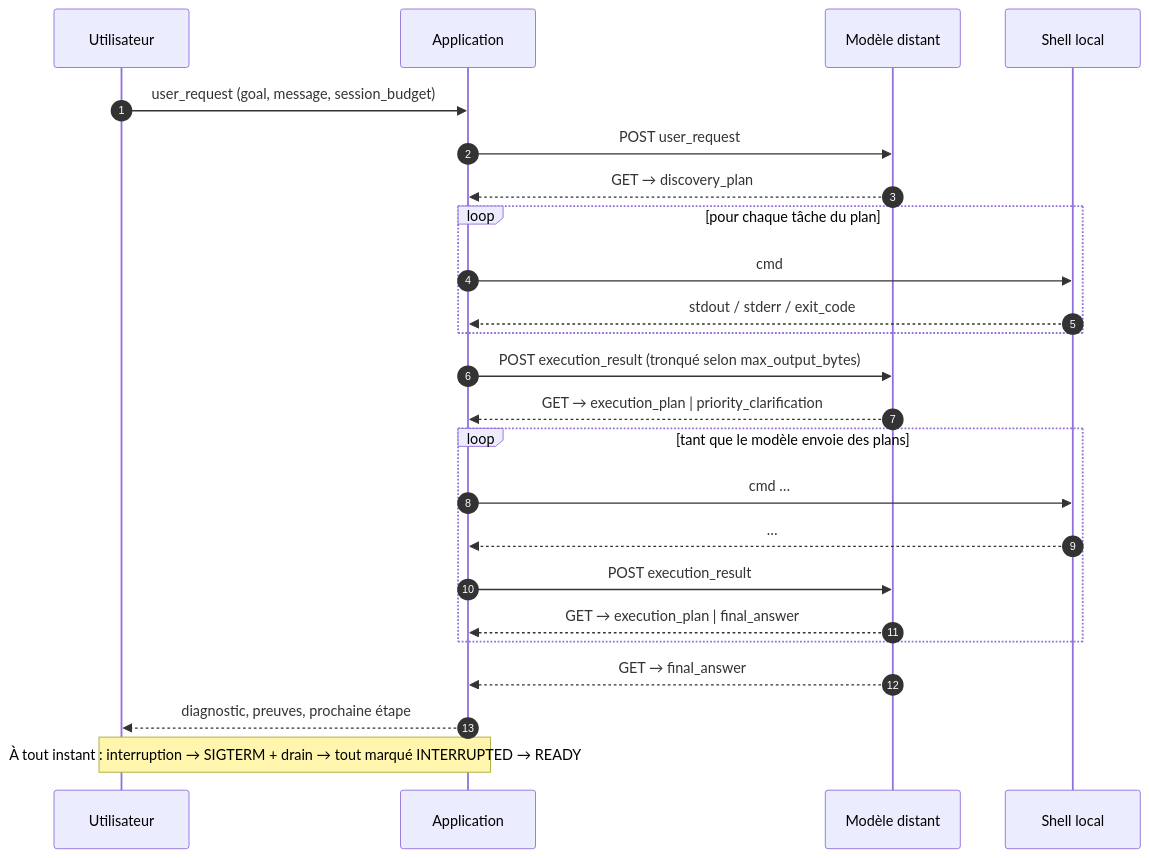
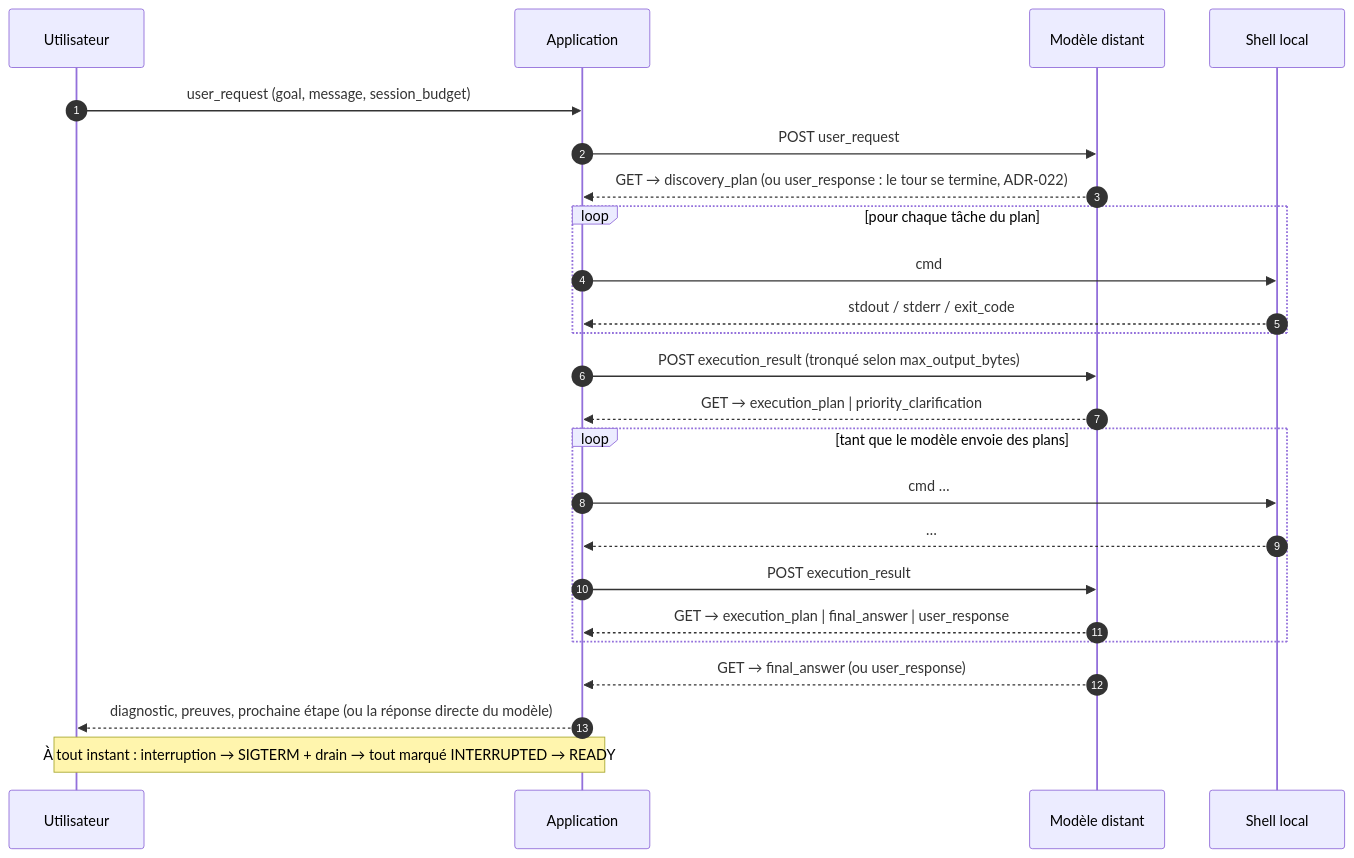
Before and after one commit to moabidi91/agentic-local-app: the second of 4 diagrams in README.md, drawn with Mermaid. The commit also changed other lines of this file and 40 other files, not shown here.

````diff
--- a/README.md
+++ b/README.md
@@ -47,27 +47,27 @@
 ```mermaid
 sequenceDiagram
     autonumber
     participant U as Utilisateur
     participant A as Application
     participant M as Modèle distant
     participant S as Shell local
 
     U->>A: user_request (goal, message, session_budget)
     A->>M: POST user_request
-    M-->>A: GET → discovery_plan
+    M-->>A: GET → discovery_plan (ou user_response : le tour se termine, ADR-022)
     loop pour chaque tâche du plan
         A->>S: cmd
         S-->>A: stdout / stderr / exit_code
     end
     A->>M: POST execution_result (tronqué selon max_output_bytes)
     M-->>A: GET → execution_plan | priority_clarification
     loop tant que le modèle envoie des plans
         A->>S: cmd …
         S-->>A: …
         A->>M: POST execution_result
-        M-->>A: GET → execution_plan | final_answer
+        M-->>A: GET → execution_plan | final_answer | user_response
     end
-    M-->>A: GET → final_answer
-    A-->>U: diagnostic, preuves, prochaine étape
+    M-->>A: GET → final_answer (ou user_response)
+    A-->>U: diagnostic, preuves, prochaine étape (ou la réponse directe du modèle)
     Note over U,A: À tout instant : interruption → SIGTERM + drain → tout marqué INTERRUPTED → READY
 ```
````
